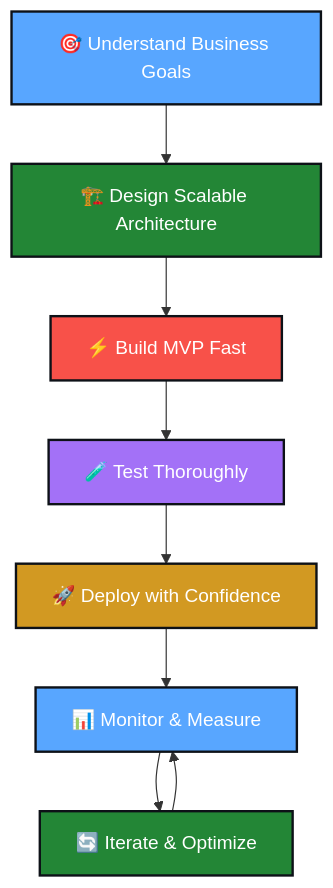
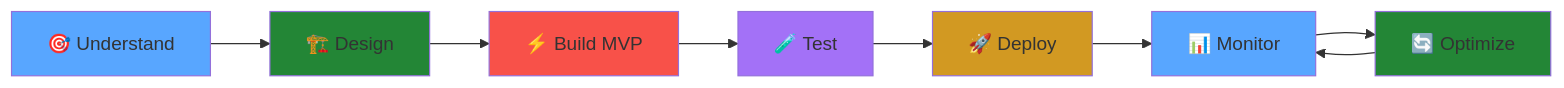
Before and after one commit to Ahmad129096/ahmad129096: the diagram in README.md, drawn with Mermaid. The commit also changed other lines of this file, not shown here.

````diff
--- a/README.md
+++ b/README.md
@@ -316,18 +320,18 @@
 ```mermaid
-graph TD
-    A[🎯 Understand Business Goals] --> B[🏗️ Design Scalable Architecture]
-    B --> C[⚡ Build MVP Fast]
-    C --> D[🧪 Test Thoroughly]
-    D --> E[🚀 Deploy with Confidence]
-    E --> F[📊 Monitor & Measure]
-    F --> G[🔄 Iterate & Optimize]
+graph LR
+    A[🎯 Understand] --> B[🏗️ Design]
+    B --> C[⚡ Build MVP]
+    C --> D[🧪 Test]
+    D --> E[🚀 Deploy]
+    E --> F[📊 Monitor]
+    F --> G[🔄 Optimize]
     G --> F
     
-    style A fill:#58A6FF,stroke:#0D1117,stroke-width:2px,color:#fff
-    style B fill:#238636,stroke:#0D1117,stroke-width:2px,color:#fff
-    style C fill:#F85149,stroke:#0D1117,stroke-width:2px,color:#fff
-    style D fill:#A371F7,stroke:#0D1117,stroke-width:2px,color:#fff
-    style E fill:#D29922,stroke:#0D1117,stroke-width:2px,color:#fff
-    style F fill:#58A6FF,stroke:#0D1117,stroke-width:2px,color:#fff
-    style G fill:#238636,stroke:#0D1117,stroke-width:2px,color:#fff
+    style A fill:#58A6FF
+    style B fill:#238636
+    style C fill:#F85149
+    style D fill:#A371F7
+    style E fill:#D29922
+    style F fill:#58A6FF
+    style G fill:#238636
 ```
````
